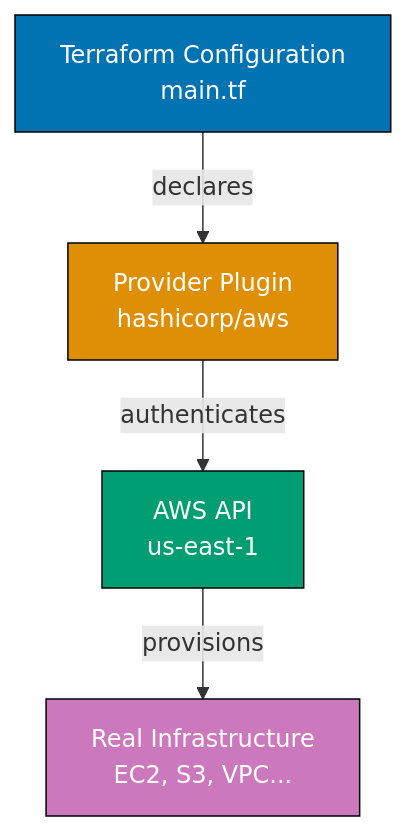
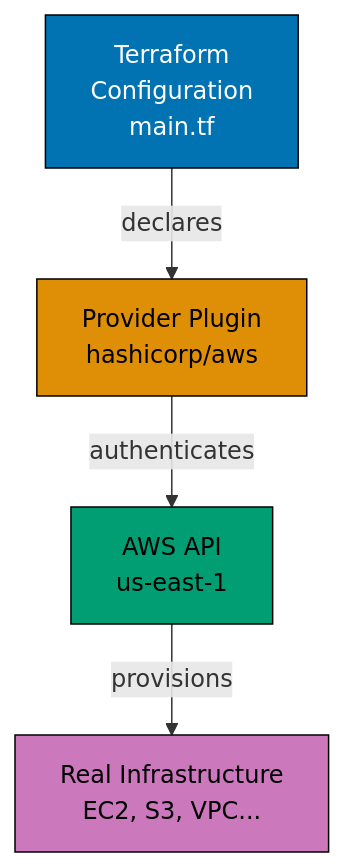
One commit to wahidyankf/ose-public changed the first of 9 diagrams in apps/ayokoding-www/content/en/learn/legacy/software-engineering/infrastructure/infrastructure-as-code/by-example/beginner.md. Above: the diagram before and after it, drawn with Mermaid. The commit also changed other lines of this file and 131 other files, not shown here.

First line of the commit message:
fix(mermaid): bring the legacy data, infrastructure, and testing diagrams onto the accessible palette

````diff
--- a/apps/ayokoding-www/content/en/learn/legacy/software-engineering/infrastructure/infrastructure-as-code/by-example/beginner.md
+++ b/apps/ayokoding-www/content/en/learn/legacy/software-engineering/infrastructure/infrastructure-as-code/by-example/beginner.md
@@ -43,16 +43,23 @@
 ```mermaid
 graph TD
-    A["Terraform Configuration<br/>main.tf"]
+    accTitle: Example 2: Terraform Provider Block
+    accDescr: Graph with 4 nodes and 3 connections. Nodes: Terraform Configuration main.tf, Provider Plugin hashicorp/aws, AWS API us-east-1, Real Infrastructure EC2, S3, VPC.... Connections: Terraform Configuration main.tf to Provider Plugin hashicorp/aws (declares), Provider Plugin hashicorp/aws to AWS API us-east-1 (authenticates), AWS API us-east-1 to Real Infrastructure EC2, S3, VPC... (provisions).
+    A["Terraform<br/>Configuration<br/>main.tf"]
     B["Provider Plugin<br/>hashicorp/aws"]
     C["AWS API<br/>us-east-1"]
     D["Real Infrastructure<br/>EC2, S3, VPC..."]
 
     A -->|declares| B
     B -->|authenticates| C
     C -->|provisions| D
 
-    style A fill:#0173B2,stroke:#000,color:#fff
-    style B fill:#DE8F05,stroke:#000,color:#fff
-    style C fill:#029E73,stroke:#000,color:#fff
-    style D fill:#CC78BC,stroke:#000,color:#fff
+    classDef pal-0173B2 fill:#0173B2,stroke:#000000,color:#FFFFFF
+    class A pal-0173B2
+    classDef pal-DE8F05 fill:#DE8F05,stroke:#000000,color:#000000
+    class B pal-DE8F05
+    classDef pal-029E73 fill:#029E73,stroke:#000000,color:#000000
+    class C pal-029E73
+    classDef pal-CC78BC fill:#CC78BC,stroke:#000000,color:#000000
+    class D pal-CC78BC
+    classDef default fill:#FFFFFF,stroke:#000000,color:#000000
 ```
````
